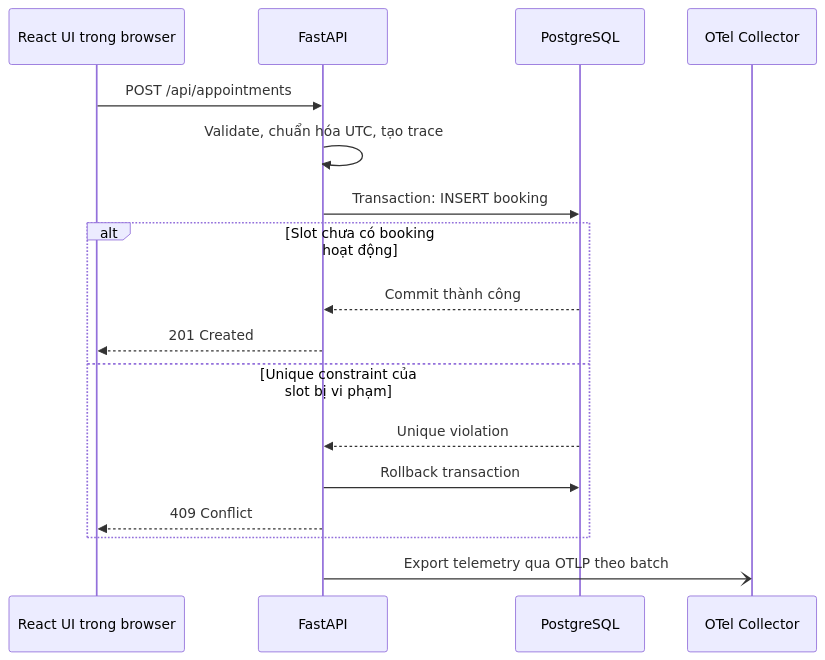
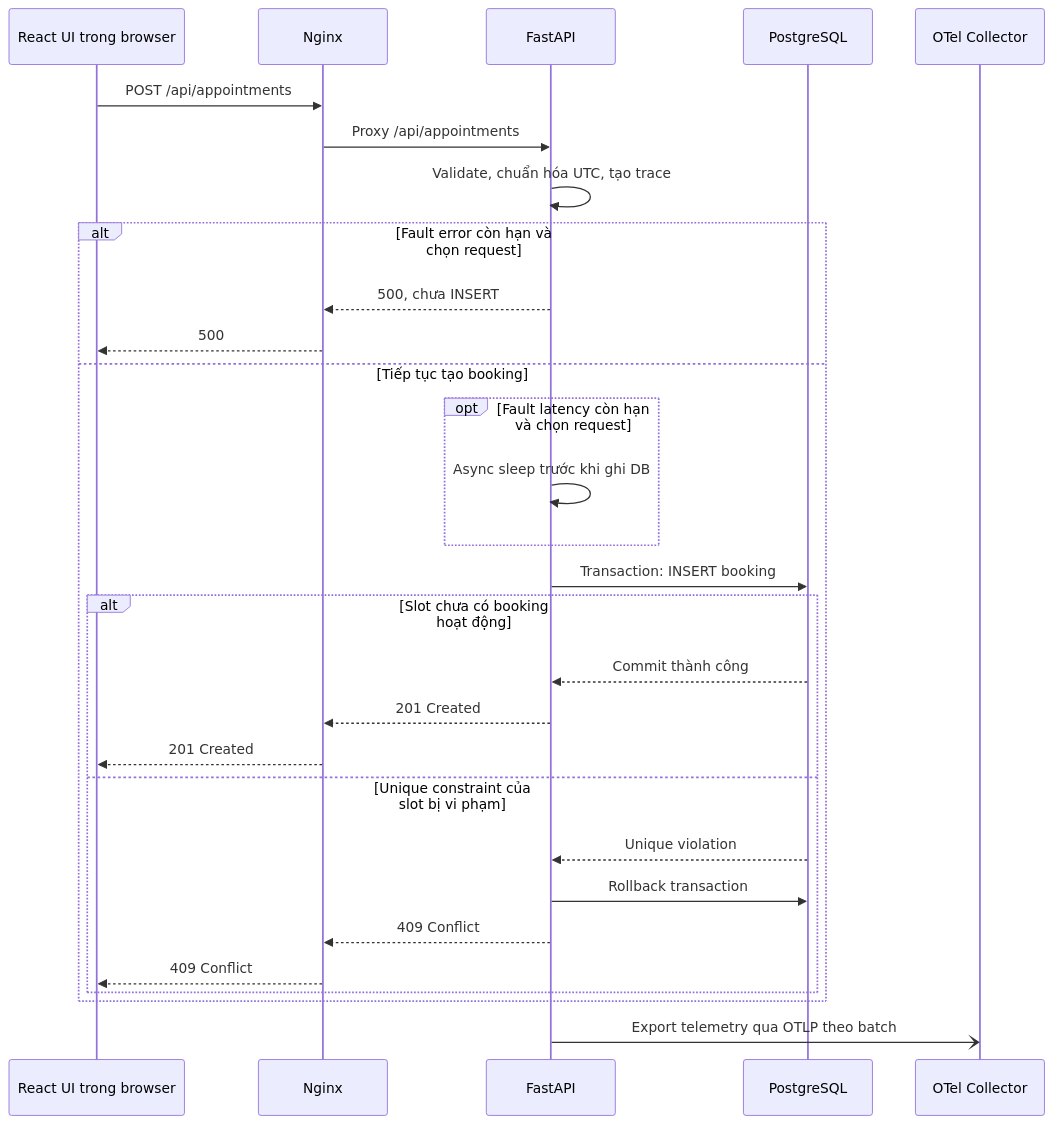
The first of 2 diagrams in docs/architecture/runtime-view.md (CuongMotNang/SE2026-T29), drawn with Mermaid before and after one commit. The commit also changed other lines of this file and 13 other files, not shown here.

Commit message:
docs(TASK-001): finalize architecture and backend handoff

````diff
--- a/docs/architecture/runtime-view.md
+++ b/docs/architecture/runtime-view.md
@@ -5,19 +9,31 @@
 ```mermaid
 sequenceDiagram
     participant UI as React UI trong browser
+    participant Web as Nginx
     participant API as FastAPI
     participant DB as PostgreSQL
     participant OTel as OTel Collector
-    UI->>API: POST /api/appointments
+    UI->>Web: POST /api/appointments
+    Web->>API: Proxy /api/appointments
     API->>API: Validate, chuẩn hóa UTC, tạo trace
-    API->>DB: Transaction: INSERT booking
-    alt Slot chưa có booking hoạt động
-        DB-->>API: Commit thành công
-        API-->>UI: 201 Created
-    else Unique constraint của slot bị vi phạm
-        DB-->>API: Unique violation
-        API->>DB: Rollback transaction
-        API-->>UI: 409 Conflict
+    alt Fault error còn hạn và chọn request
+        API-->>Web: 500, chưa INSERT
+        Web-->>UI: 500
+    else Tiếp tục tạo booking
+        opt Fault latency còn hạn và chọn request
+            API->>API: Async sleep trước khi ghi DB
+        end
+        API->>DB: Transaction: INSERT booking
+        alt Slot chưa có booking hoạt động
+            DB-->>API: Commit thành công
+            API-->>Web: 201 Created
+            Web-->>UI: 201 Created
+        else Unique constraint của slot bị vi phạm
+            DB-->>API: Unique violation
+            API->>DB: Rollback transaction
+            API-->>Web: 409 Conflict
+            Web-->>UI: 409 Conflict
+        end
     end
     API-)OTel: Export telemetry qua OTLP theo batch
 ```
````
